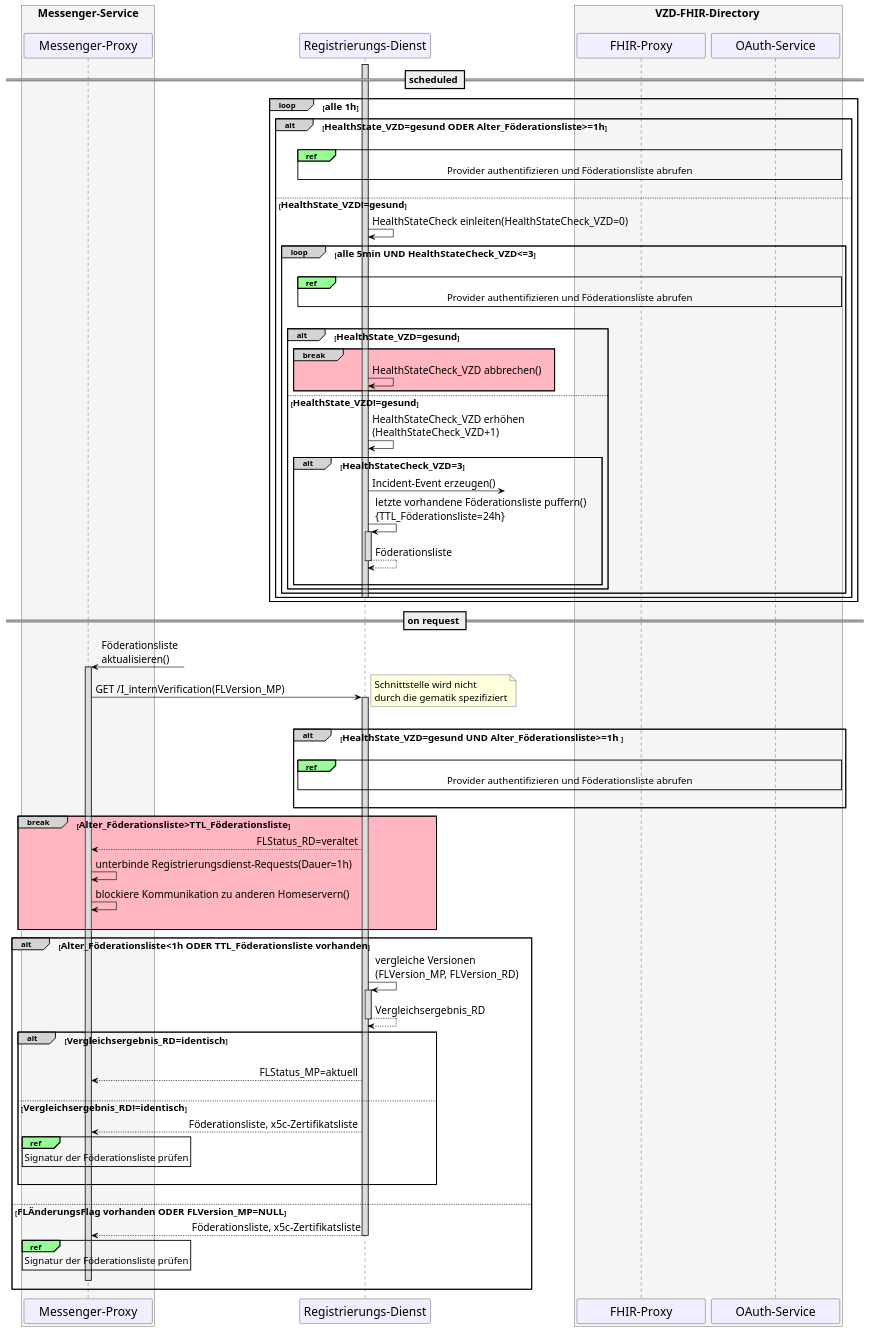
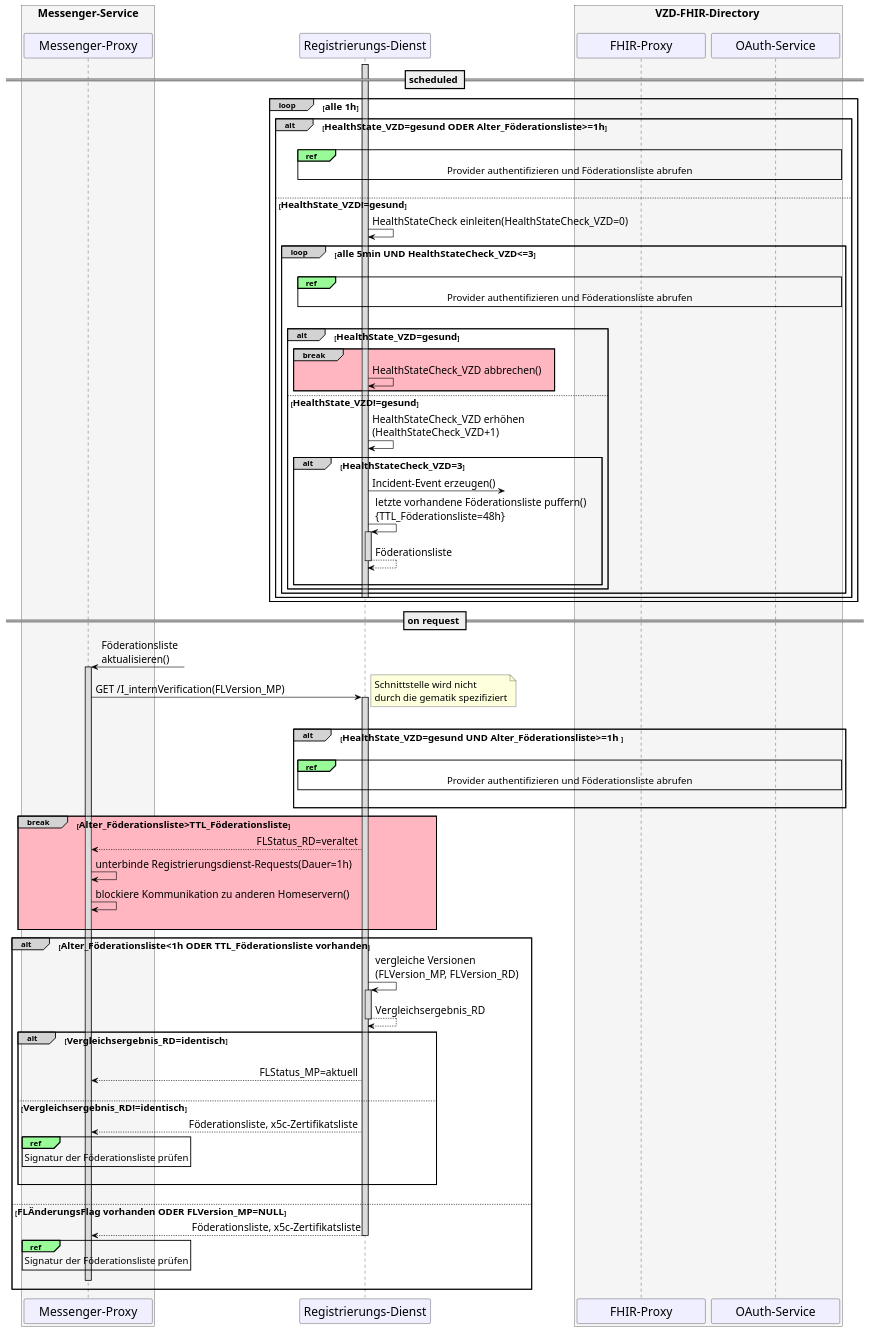
One commit to gematik/api-ti-messenger changed the diagram in src/plantuml/TI-Messenger-Dienst/Ressourcen/UC_Update_Federationlist_Seq.puml. Above: the diagram before and after it, drawn with PlantUML. The commit also changed 2 other files, not shown here.

```diff
--- a/src/plantuml/TI-Messenger-Dienst/Ressourcen/UC_Update_Federationlist_Seq.puml
+++ b/src/plantuml/TI-Messenger-Dienst/Ressourcen/UC_Update_Federationlist_Seq.puml
@@ -9,136 +9,128 @@
 @startuml
 skinparam sequenceMessageAlign direction
 skinparam minClassWidth 200
 skinparam BoxPadding 1
 skinparam sequenceReferenceHeaderBackgroundColor palegreen
 scale max 2048 width
 
 skinparam sequence {
 ArrowColor black
 ArrowFontSize 17
 ActorBorderColor black
 LifeLineBorderColor black
 LifeLineBackgroundColor Gainsboro
 
 ParticipantBorderColor Motivation
 ParticipantBackgroundColor Motivation
 ParticipantFontName Impact
 ParticipantFontSize 20
 ParticipantFontColor black
 ParticipantBorderColor Black
 ParticipantBackgroundColor MOTIVATION
 
 ActorBackgroundColor Gainsboro
 ActorFontColor black
 ActorFontSize 20
 ActorFontName Aapex
 }
 
 box <size:18>Messenger-Service\n #WhiteSmoke
 participant MP as "Messenger-Proxy"
-'participant MH as "Matrix-Homeserver"
 end box
 participant RD as "Registrierungs-Dienst"
 box <size:18>VZD-FHIR-Directory</size> #WhiteSmoke
   participant FP as "FHIR-Proxy"
   participant AS as "OAuth-Service"
 end box
 
 == <size:16>scheduled</size> ==
 
 loop#LightGrey <size:16>alle 1h</size>
   alt#LightGrey <size:16>HealthState_VZD=gesund ODER Alter_Föderationsliste>=1h</size>
   activate RD
   |||
   ref over AS, FP, RD
     <size:16>Provider authentifizieren und Föderationsliste abrufen</size>
   end ref
   |||
 
   else <size:16>HealthState_VZD!=gesund</size>
     RD->RD: HealthStateCheck einleiten(HealthStateCheck_VZD=0)
     loop#LightGrey <size:16>alle 5min UND HealthStateCheck_VZD<=3</size>
       |||
       ref over AS, FP, RD
         <size:16>Provider authentifizieren und Föderationsliste abrufen</size>
       end ref
       |||
       alt#LightGrey <size:16>HealthState_VZD=gesund</size>
         break#LightGrey #LightPink
           RD->RD: HealthStateCheck_VZD abbrechen()
         end
       else <size:16>HealthState_VZD!=gesund</size>
         RD->RD: HealthStateCheck_VZD erhöhen\n(HealthStateCheck_VZD+1)
         alt#LightGrey <size:16>HealthStateCheck_VZD=3</size>
           RD ->?: Incident-Event erzeugen()
-          RD->RD++: letzte vorhandene Föderationsliste puffern() \n{TTL_Föderationsliste=24h}
+          RD->RD++: letzte vorhandene Föderationsliste puffern() \n{TTL_Föderationsliste=48h}
           return Föderationsliste
         |||
         end
       end
     end
-    'RD-[hidden]> RD
     deactivate RD
   end
 end
 
 == <size:16>on request</size> ==
 
 MP <-?: Föderationsliste \naktualisieren()
 activate MP
 MP->RD: GET /I_internVerification(FLVersion_MP)
 note right: <size:16>Schnittstelle wird nicht \n<size:16>durch die gematik spezifiziert</size>
 |||
   Activate RD
 
 alt#LightGrey <size:16>HealthState_VZD=gesund UND Alter_Föderationsliste>=1h </size>
 
   |||
   ref over AS, FP, RD
     <size:16>Provider authentifizieren und Föderationsliste abrufen</size>
   end ref
   |||
 
-'else <size:16>HealthState_VZD!=gesund ODER Alter_Föderationsliste<1h</size>
-'else <size:16>Alter_Föderationsliste<1h ODER TTL_Föderationsliste vorhanden</size>
-
-  'RD->RD: FLStatus_RD=aktuell
-
 end
 
 break#LightGrey #LightPink <size:16>Alter_Föderationsliste>TTL_Föderationsliste</size>
-  'RD-->MP: FLStatus_RD=veraltet
   RD-->MP: FLStatus_RD=veraltet
   MP->MP: unterbinde Registrierungsdienst-Requests(Dauer=1h)
   MP->MP: blockiere Kommunikation zu anderen Homeservern()
   |||
 end
 
 alt#LightGrey <size:16>Alter_Föderationsliste<1h ODER TTL_Föderationsliste vorhanden</size>
   RD->RD++: vergleiche Versionen\n(FLVersion_MP, FLVersion_RD)
   return Vergleichsergebnis_RD
 
   alt#LightGrey <size:16>Vergleichsergebnis_RD=identisch</size>
     |||
     RD-->MP: FLStatus_MP=aktuell
     |||
 
   else <size:16>Vergleichsergebnis_RD!=identisch</size>
     RD-->MP: Föderationsliste, x5c-Zertifikatsliste
     ref over MP
       <size:16>Signatur der Föderationsliste prüfen</size>
     end ref
     |||
   end
   |||
 
 else <size:16>FLÄnderungsFlag vorhanden ODER FLVersion_MP=NULL</size>
   RD-->MP: Föderationsliste, x5c-Zertifikatsliste
   Deactivate RD
   ref over MP
     <size:16>Signatur der Föderationsliste prüfen</size>
   end ref
   MP-[hidden]> MP
   deactivate MP
 end
 @enduml
```
